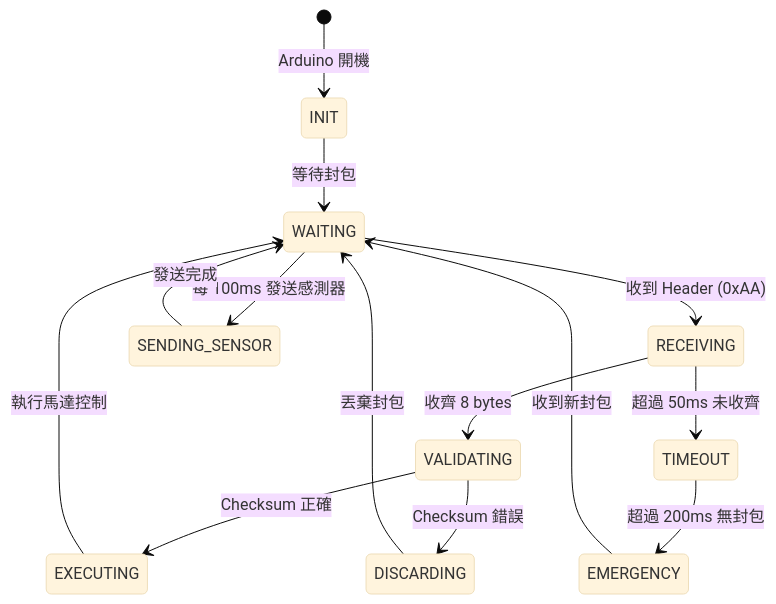
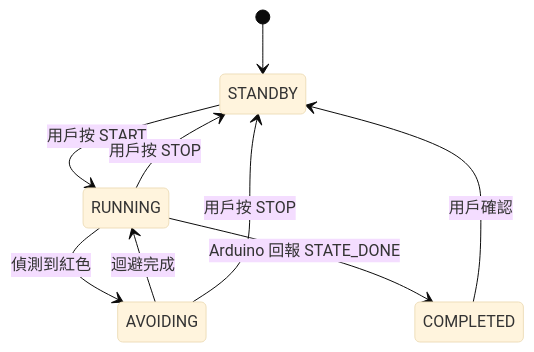
One commit to Stanley-1013/mechatronic_4_ntu_bime_2025_group10 changed the second of 2 diagrams in docs/04_ICD_介面規格.md. Above: the diagram before and after it, drawn with Mermaid (base theme). The commit also changed other lines of this file and 3 other files, not shown here.

````diff
--- a/docs/04_ICD_介面規格.md
+++ b/docs/04_ICD_介面規格.md
@@ -467,16 +554,11 @@
 ```mermaid
 stateDiagram-v2
-    [*] --> INIT: Arduino 開機
-    INIT --> WAITING: 等待封包
-    WAITING --> RECEIVING: 收到 Header (0xAA)
-    RECEIVING --> VALIDATING: 收齊 8 bytes
-    RECEIVING --> TIMEOUT: 超過 50ms 未收齊
-    VALIDATING --> EXECUTING: Checksum 正確
-    VALIDATING --> DISCARDING: Checksum 錯誤
-    EXECUTING --> WAITING: 執行馬達控制
-    DISCARDING --> WAITING: 丟棄封包
-    TIMEOUT --> EMERGENCY: 超過 200ms 無封包
-    EMERGENCY --> WAITING: 收到新封包
-    WAITING --> SENDING_SENSOR: 每 100ms 發送感測器
-    SENDING_SENSOR --> WAITING: 發送完成
+    [*] --> STANDBY
+    STANDBY --> RUNNING: 用戶按 START
+    RUNNING --> AVOIDING: 偵測到紅色
+    AVOIDING --> RUNNING: 迴避完成
+    RUNNING --> COMPLETED: Arduino 回報 STATE_DONE
+    COMPLETED --> STANDBY: 用戶確認
+    RUNNING --> STANDBY: 用戶按 STOP
+    AVOIDING --> STANDBY: 用戶按 STOP
 ```
````
